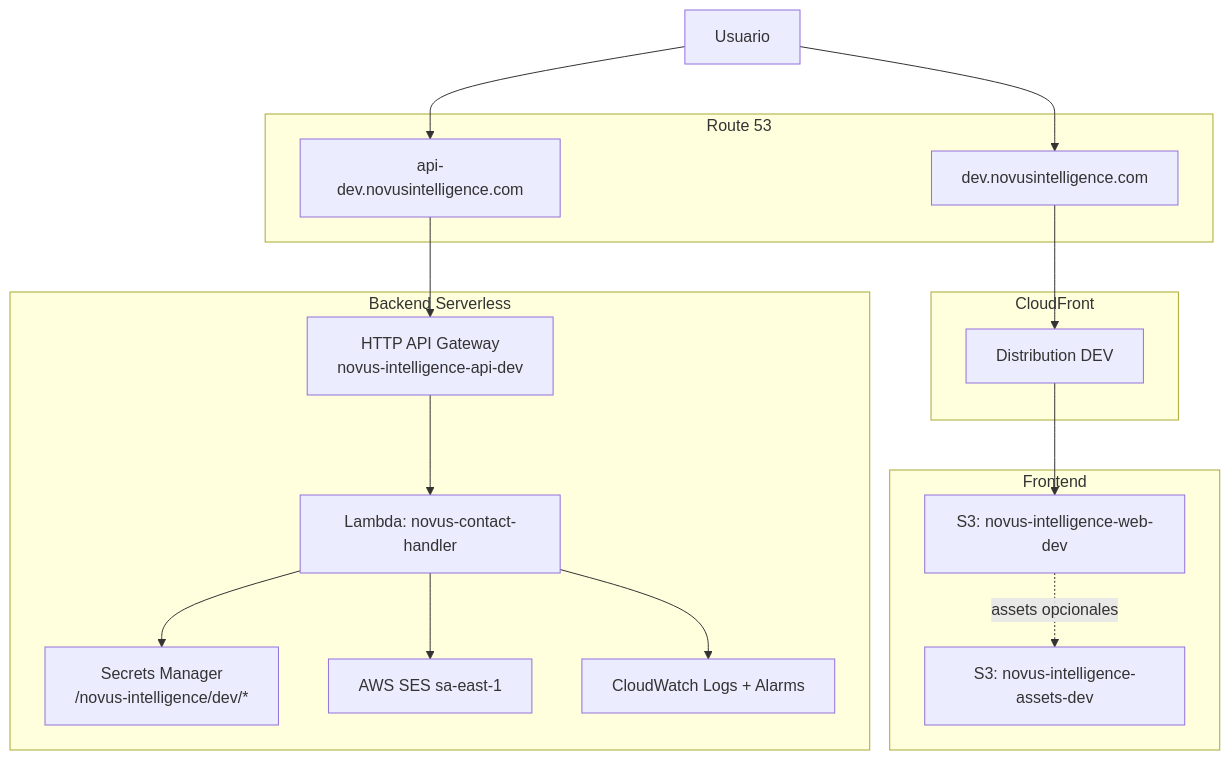
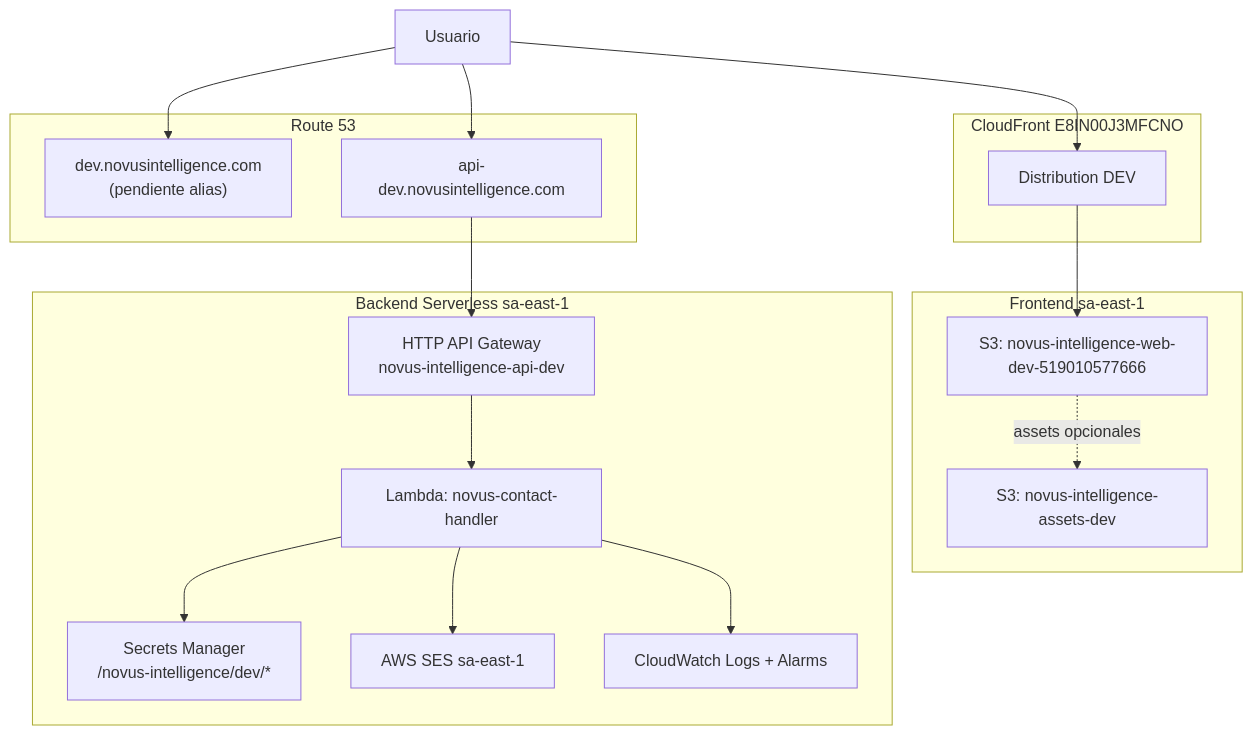
One commit to arodriguez-novusintelligence/NovusAIDevelopmentFramework changed the diagram in .nadf/projects/novus-intelligence/artifacts/propuesta-infra.md. Above: the diagram before and after it, drawn with Mermaid. The commit also changed other lines of this file and 1 other file, not shown here.

First line of the commit message:
docs(novus-intelligence): propuesta infra DEV sa-east-1 paso-08

````diff
--- a/.nadf/projects/novus-intelligence/artifacts/propuesta-infra.md
+++ b/.nadf/projects/novus-intelligence/artifacts/propuesta-infra.md
@@ -100,31 +74,33 @@
 ```mermaid
 flowchart TB
     subgraph DNS["Route 53"]
-        FE_DNS["dev.novusintelligence.com"]
+        FE_DNS["dev.novusintelligence.com<br/>(pendiente alias)"]
         API_DNS["api-dev.novusintelligence.com"]
     end
 
-    subgraph CDN["CloudFront"]
+    subgraph CDN["CloudFront E8IN00J3MFCNO"]
         CF["Distribution DEV"]
     end
 
-    subgraph FE["Frontend"]
-        S3_WEB["S3: novus-intelligence-web-dev"]
+    subgraph FE["Frontend sa-east-1"]
+        S3_WEB["S3: novus-intelligence-web-dev-519010577666"]
         S3_ASSETS["S3: novus-intelligence-assets-dev"]
     end
 
-    subgraph API["Backend Serverless"]
+    subgraph API["Backend Serverless sa-east-1"]
         AGW["HTTP API Gateway<br/>novus-intelligence-api-dev"]
         LAM["Lambda: novus-contact-handler"]
         SEC["Secrets Manager<br/>/novus-intelligence/dev/*"]
         SES["AWS SES sa-east-1"]
         CW["CloudWatch Logs + Alarms"]
     end
 
-    U[Usuario] --> FE_DNS --> CF --> S3_WEB
+    U[Usuario] --> FE_DNS
+    U --> CF
+    CF --> S3_WEB
     U --> API_DNS --> AGW --> LAM
     LAM --> SEC
     LAM --> SES
     LAM --> CW
     S3_WEB -. assets opcionales .-> S3_ASSETS
 ```
````
